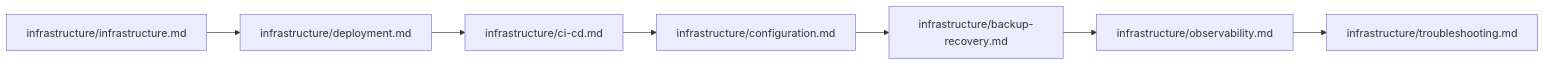
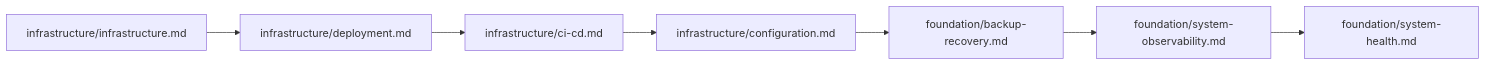
The second of 3 diagrams in docs/index.md (reasvyn/internara), drawn with Mermaid before and after one commit. The commit also changed other lines of this file and 93 other files, not shown here.

````diff
--- a/docs/index.md
+++ b/docs/index.md
@@ -184,9 +155,9 @@
 ```mermaid
 flowchart LR
     A[infrastructure/infrastructure.md] --> B[infrastructure/deployment.md]
     B --> C[infrastructure/ci-cd.md]
     C --> D[infrastructure/configuration.md]
-    D --> E[infrastructure/backup-recovery.md]
-    E --> F[infrastructure/observability.md]
-    F --> G[infrastructure/troubleshooting.md]
+    D --> E[foundation/backup-recovery.md]
+    E --> F[foundation/system-observability.md]
+    F --> G[foundation/system-health.md]
 ```
````
